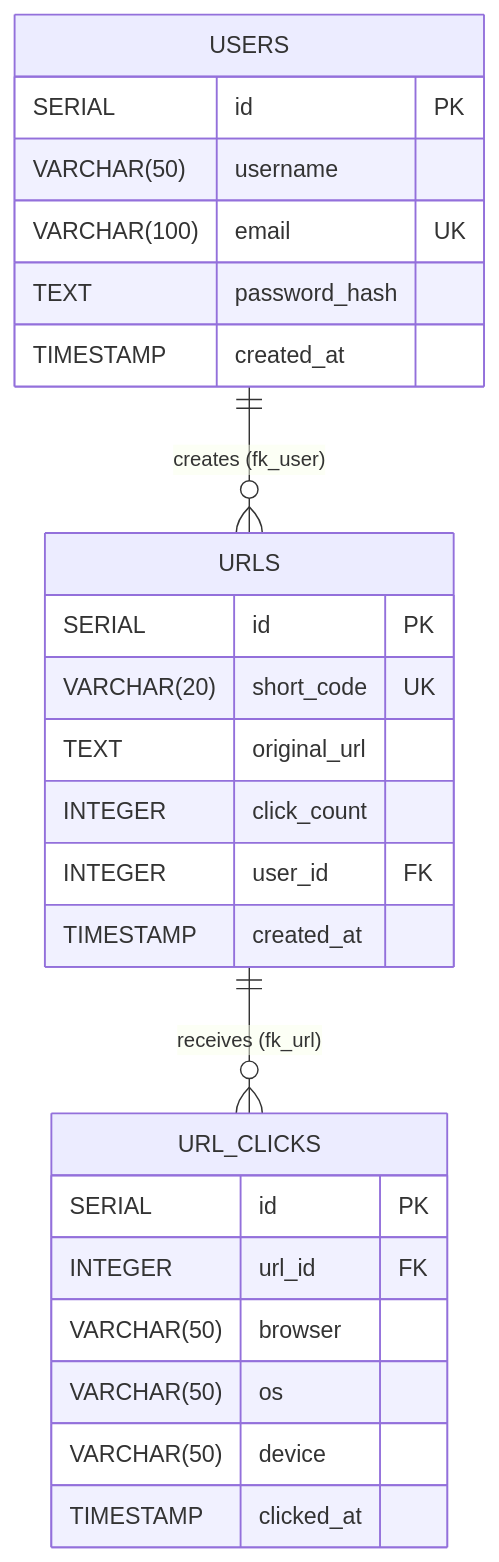
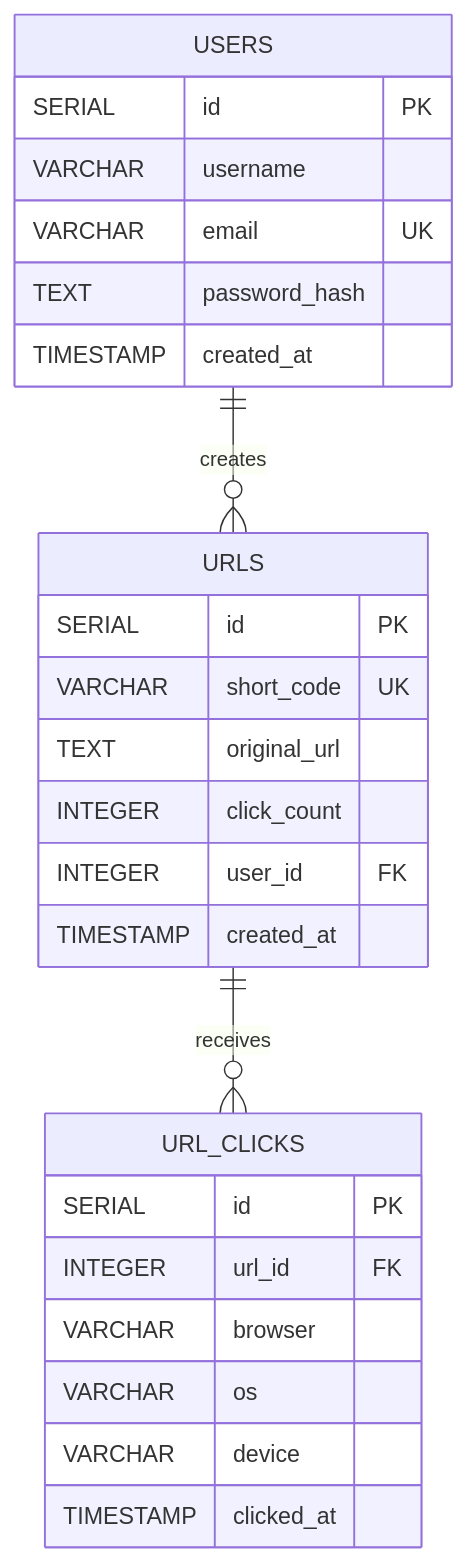
The diagram in README.md (komallsingh/shorTea), drawn with Mermaid before and after one commit. The commit also changed other lines of this file, not shown here.

````diff
--- a/README.md
+++ b/README.md
@@ -78,31 +146,31 @@
 ```mermaid
 erDiagram
-    USERS ||--o{ URLS : "creates (fk_user)"
-    URLS ||--o{ URL_CLICKS : "receives (fk_url)"
+    USERS ||--o{ URLS : creates
+    URLS ||--o{ URL_CLICKS : receives
 
     USERS {
         SERIAL id PK
-        VARCHAR(50) username
-        VARCHAR(100) email UK
+        VARCHAR username
+        VARCHAR email UK
         TEXT password_hash
         TIMESTAMP created_at
     }
 
     URLS {
         SERIAL id PK
-        VARCHAR(20) short_code UK
+        VARCHAR short_code UK
         TEXT original_url
         INTEGER click_count
         INTEGER user_id FK
         TIMESTAMP created_at
     }
 
     URL_CLICKS {
         SERIAL id PK
         INTEGER url_id FK
-        VARCHAR(50) browser
-        VARCHAR(50) os
-        VARCHAR(50) device
+        VARCHAR browser
+        VARCHAR os
+        VARCHAR device
         TIMESTAMP clicked_at
     }
 ```
````
